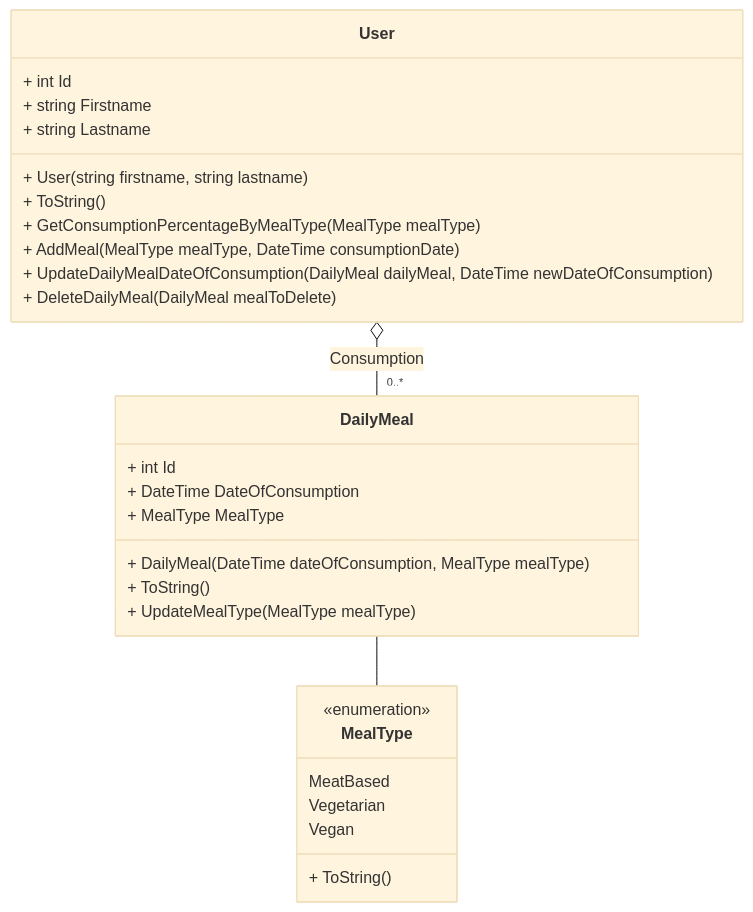
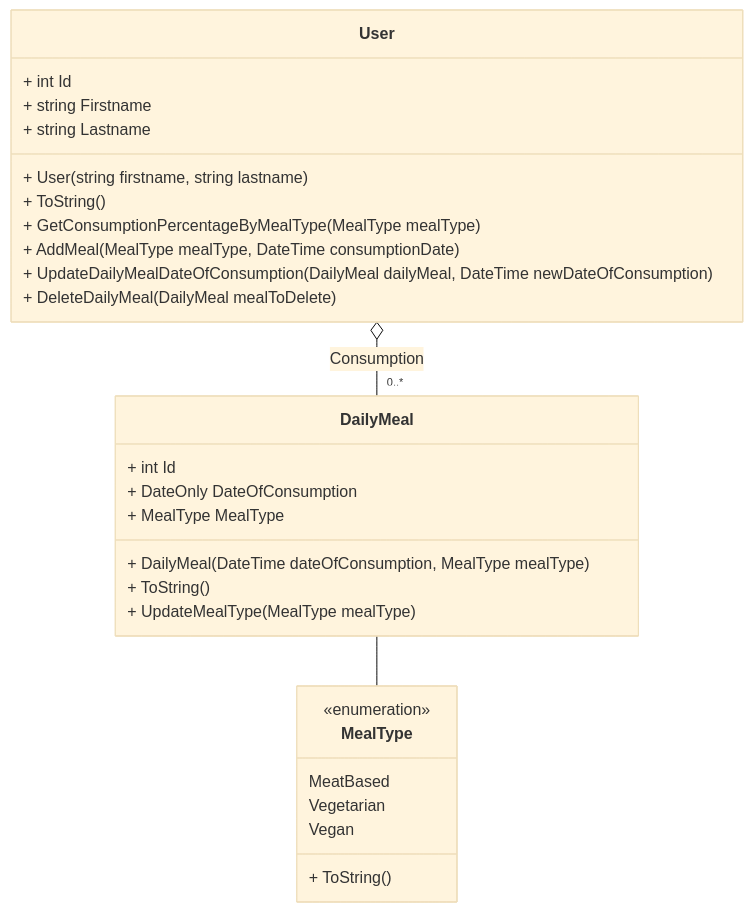
One commit to seb-bertrand/GoalLessMeat changed the diagram in docs/class diagram.md. Above: the diagram before and after it, drawn with Mermaid (base theme).

Commit message:
Class Diagram: Change Daily Meal date format

````diff
--- a/docs/class diagram.md
+++ b/docs/class diagram.md
@@ -3,32 +3,32 @@
 ```mermaid
 classDiagram
     User o-- "0..*" DailyMeal : Consumption
     DailyMeal -- MealType
 
     class User {
         + int Id
         + string Firstname
         + string Lastname
         + User(string firstname, string lastname)
         + ToString()
         + GetConsumptionPercentageByMealType(MealType mealType)
         + AddMeal(MealType mealType, DateTime consumptionDate)
         + UpdateDailyMealDateOfConsumption(DailyMeal dailyMeal, DateTime newDateOfConsumption)
         + DeleteDailyMeal(DailyMeal mealToDelete)
     }
     class DailyMeal {
         + int Id
-        + DateTime DateOfConsumption
+        + DateOnly DateOfConsumption
         + MealType MealType
         + DailyMeal(DateTime dateOfConsumption, MealType mealType)
         + ToString()
         + UpdateMealType(MealType mealType)
     }
     class MealType{
         <<enumeration>>
         MeatBased
         Vegetarian
         Vegan
         + ToString()
     }
 ```
````
